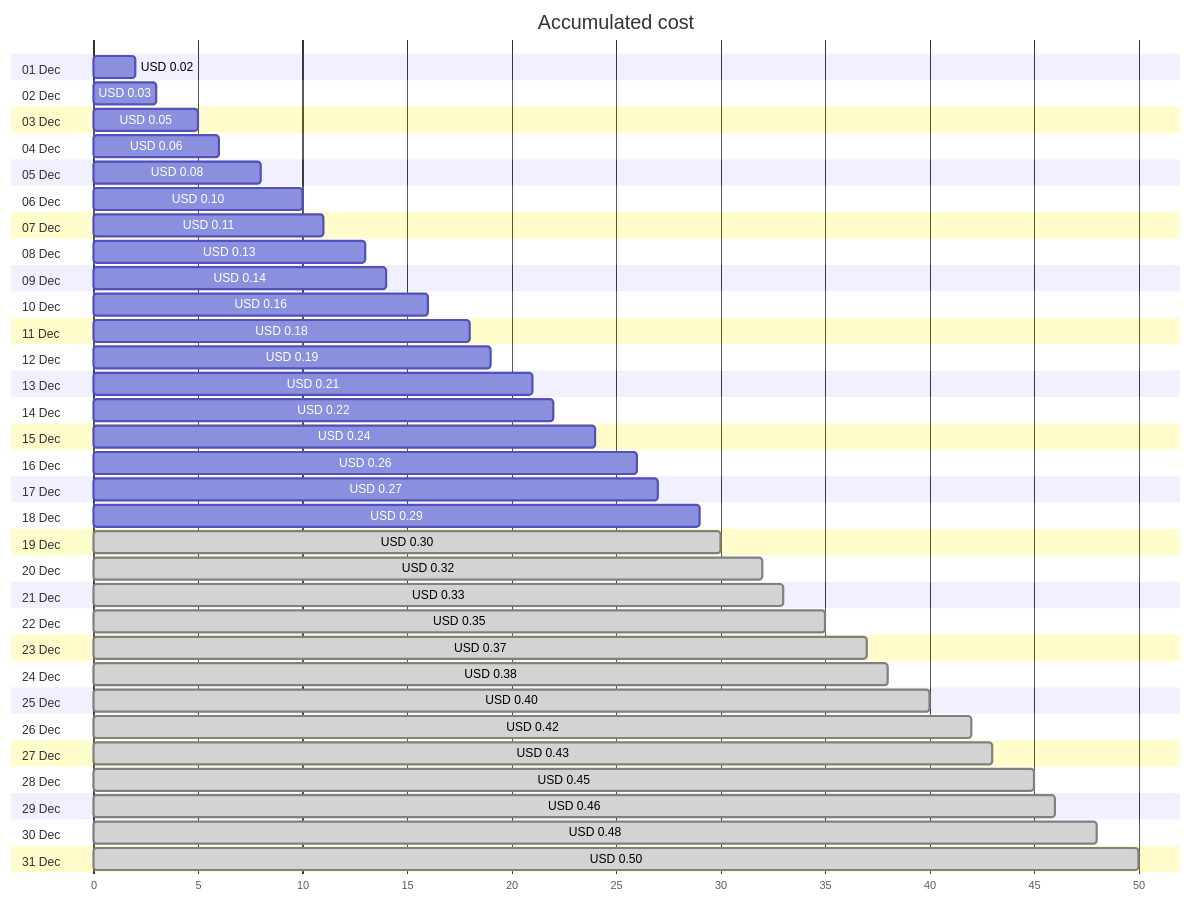
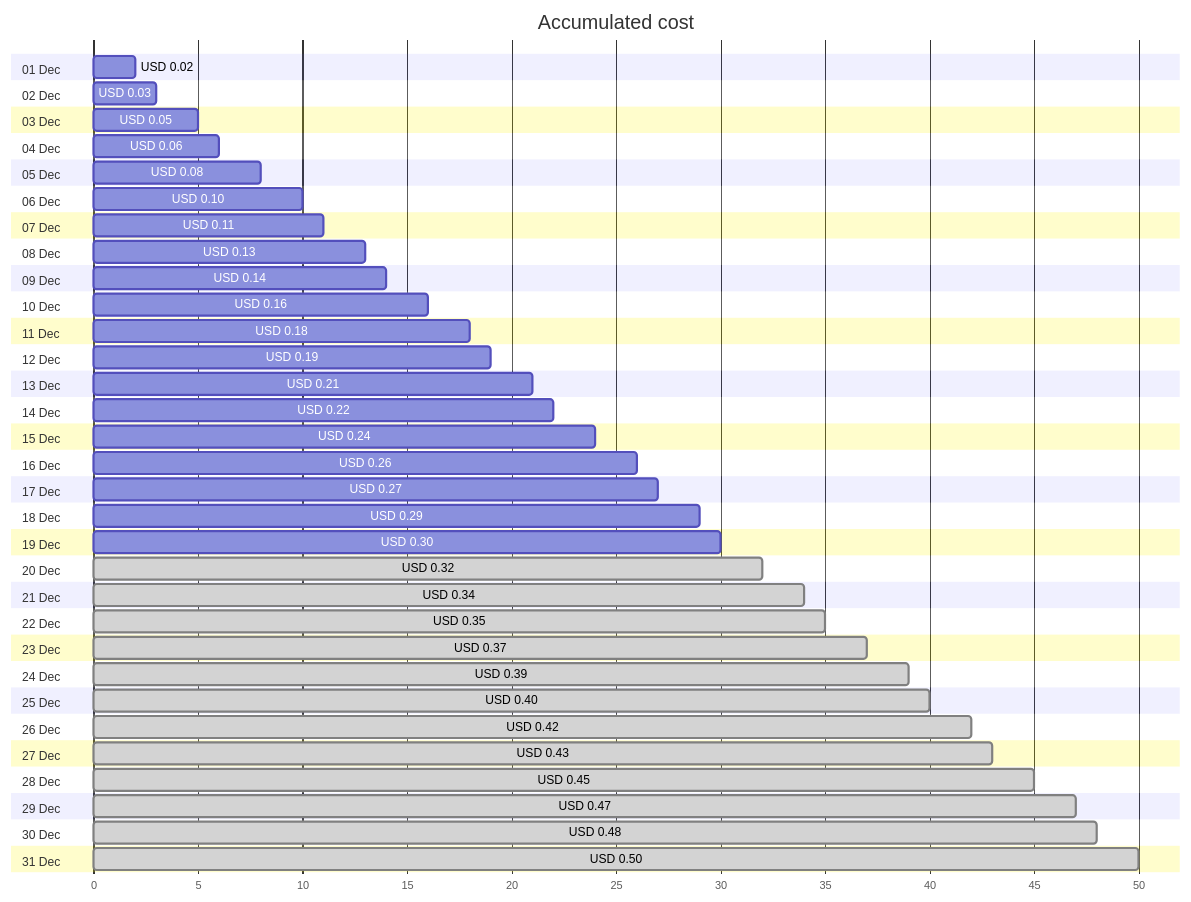
Before and after one commit to jpfulton/azure-personal-reports: the first of 4 diagrams in cost-reports/personal-network/private.jpatrickfulton.com.md, drawn with Mermaid. The commit also changed other lines of this file and 8 other files, not shown here.

````diff
--- a/cost-reports/personal-network/private.jpatrickfulton.com.md
+++ b/cost-reports/personal-network/private.jpatrickfulton.com.md
@@ -20,68 +20,68 @@
 ```mermaid
 gantt
    title Accumulated cost
    dateFormat  X
    axisFormat %s
    section 01 Dec
    USD 0.02 :0, 2
    section 02 Dec
    USD 0.03 :0, 3
    section 03 Dec
    USD 0.05 :0, 5
    section 04 Dec
    USD 0.06 :0, 6
    section 05 Dec
    USD 0.08 :0, 8
    section 06 Dec
    USD 0.10 :0, 10
    section 07 Dec
    USD 0.11 :0, 11
    section 08 Dec
    USD 0.13 :0, 13
    section 09 Dec
    USD 0.14 :0, 14
    section 10 Dec
    USD 0.16 :0, 16
    section 11 Dec
    USD 0.18 :0, 18
    section 12 Dec
    USD 0.19 :0, 19
    section 13 Dec
    USD 0.21 :0, 21
    section 14 Dec
    USD 0.22 :0, 22
    section 15 Dec
    USD 0.24 :0, 24
    section 16 Dec
    USD 0.26 :0, 26
    section 17 Dec
    USD 0.27 :0, 27
    section 18 Dec
    USD 0.29 :0, 29
    section 19 Dec
-   USD 0.30 : done, 0, 30
+   USD 0.30 :0, 30
    section 20 Dec
    USD 0.32 : done, 0, 32
    section 21 Dec
-   USD 0.33 : done, 0, 33
+   USD 0.34 : done, 0, 34
    section 22 Dec
    USD 0.35 : done, 0, 35
    section 23 Dec
    USD 0.37 : done, 0, 37
    section 24 Dec
-   USD 0.38 : done, 0, 38
+   USD 0.39 : done, 0, 39
    section 25 Dec
    USD 0.40 : done, 0, 40
    section 26 Dec
    USD 0.42 : done, 0, 42
    section 27 Dec
    USD 0.43 : done, 0, 43
    section 28 Dec
    USD 0.45 : done, 0, 45
    section 29 Dec
-   USD 0.46 : done, 0, 46
+   USD 0.47 : done, 0, 47
    section 30 Dec
    USD 0.48 : done, 0, 48
    section 31 Dec
    USD 0.50 : done, 0, 50
 ```
````
